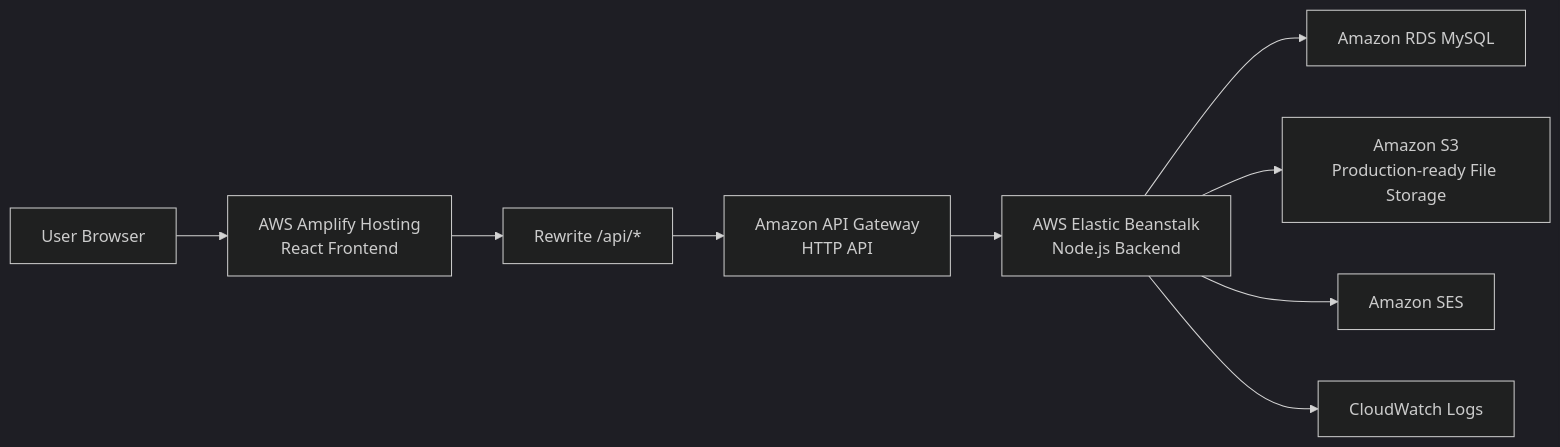
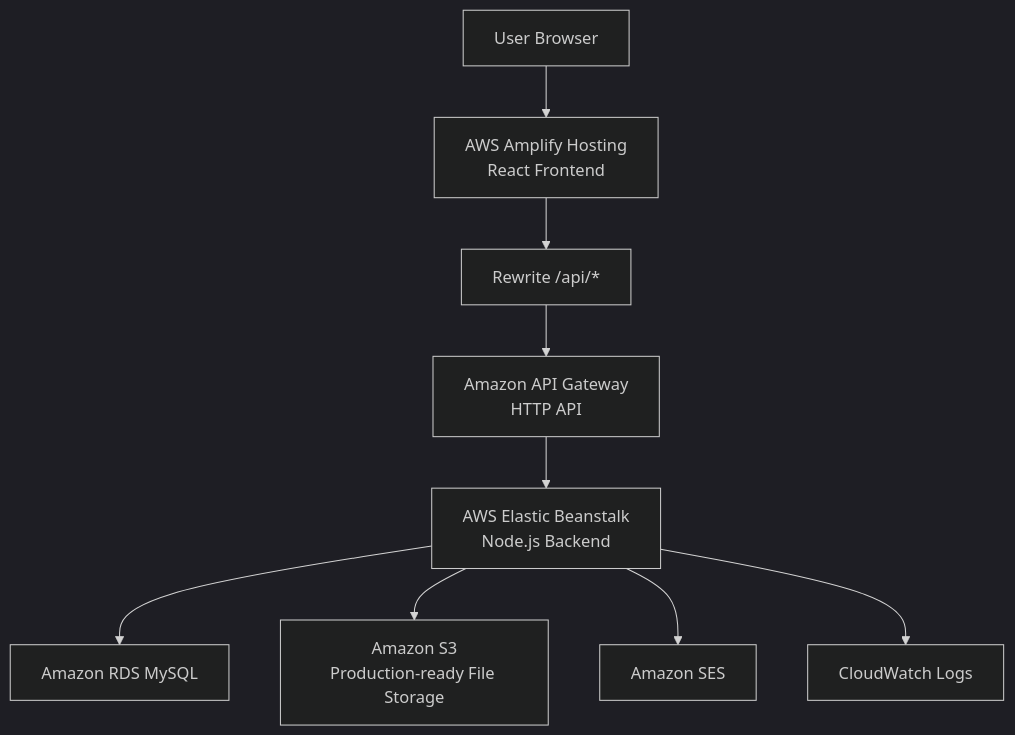
The diagram in content/5-Workshop/_index.md (bin8761/HUGO), drawn with Mermaid (dark theme) before and after one commit. The commit also changed other lines of this file and 44 other files, not shown here.

```diff
--- a/content/5-Workshop/_index.md
+++ b/content/5-Workshop/_index.md
@@ -35,11 +31,11 @@
 {{< mermaid >}}
-flowchart LR
+graph TB
     User["User Browser"] --> Amplify["AWS Amplify Hosting\nReact Frontend"]
     Amplify --> Rewrite["Rewrite /api/*"]
     Rewrite --> APIGW["Amazon API Gateway\nHTTP API"]
     APIGW --> EB["AWS Elastic Beanstalk\nNode.js Backend"]
     EB --> RDS["Amazon RDS MySQL"]
     EB --> S3["Amazon S3\nProduction-ready File Storage"]
     EB --> SES["Amazon SES"]
     EB --> CW["CloudWatch Logs"]
 {{< /mermaid >}}
```
